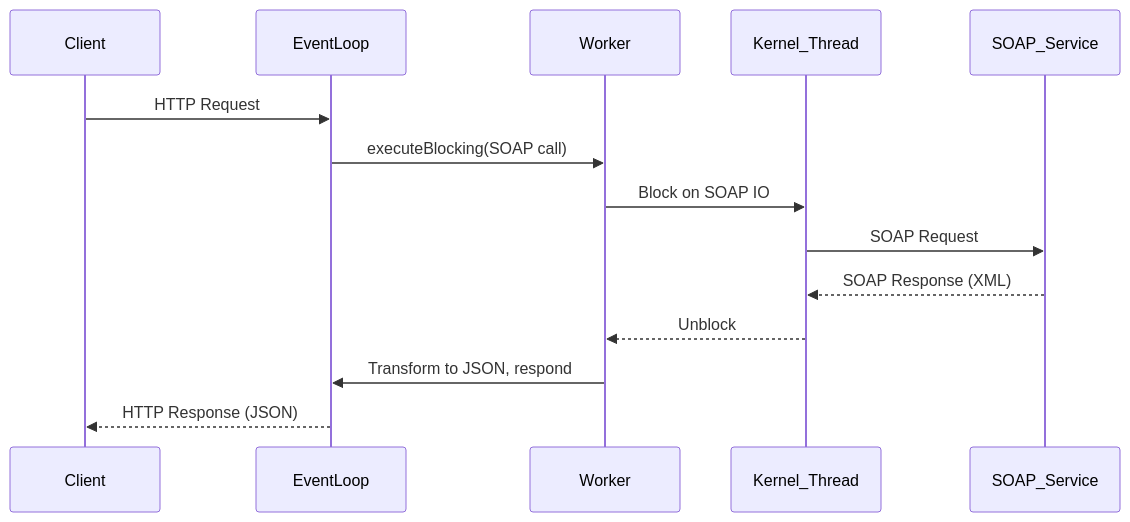
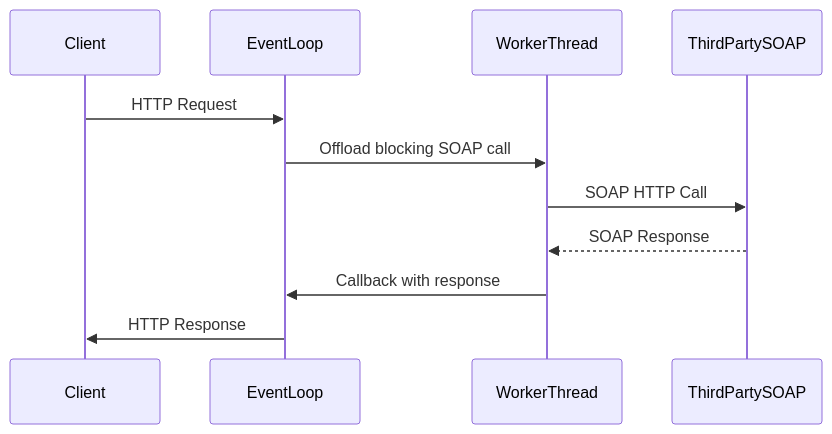
One commit to sonuprajapati15/Web-frameworks changed the fifth of 7 diagrams in README.md. Above: the diagram before and after it, drawn with Mermaid. The commit also changed other lines of this file, not shown here.

````diff
--- a/README.md
+++ b/README.md
@@ -379,17 +440,14 @@
 ```mermaid
 sequenceDiagram
     participant Client
     participant EventLoop
-    participant Worker
-    participant Kernel_Thread
-    participant SOAP_Service
+    participant WorkerThread
+    participant ThirdPartySOAP
 
     Client->>EventLoop: HTTP Request
-    EventLoop->>Worker: executeBlocking(SOAP call)
-    Worker->>Kernel_Thread: Block on SOAP IO
-    Kernel_Thread->>SOAP_Service: SOAP Request
-    SOAP_Service-->>Kernel_Thread: SOAP Response (XML)
-    Kernel_Thread-->>Worker: Unblock
-    Worker->>EventLoop: Transform to JSON, respond
-    EventLoop-->>Client: HTTP Response (JSON)
+    EventLoop->>WorkerThread: Offload blocking SOAP call
+    WorkerThread->>ThirdPartySOAP: SOAP HTTP Call
+    ThirdPartySOAP-->>WorkerThread: SOAP Response
+    WorkerThread->>EventLoop: Callback with response
+    EventLoop->>Client: HTTP Response
 ```
````
